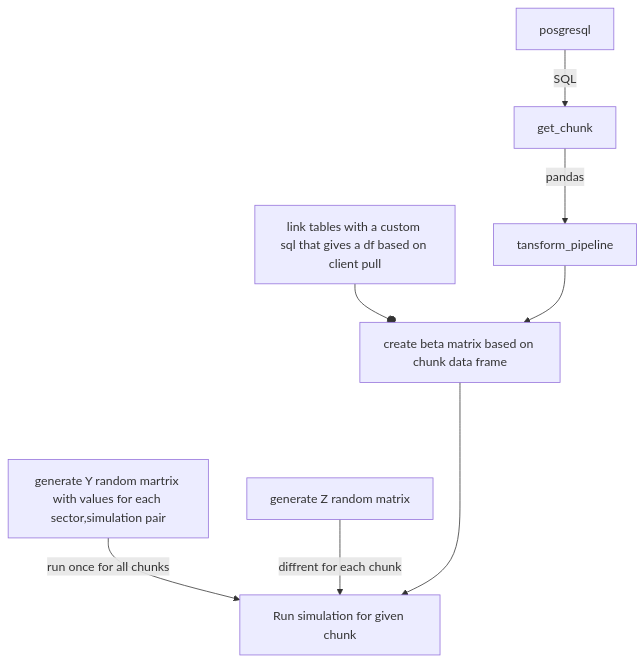
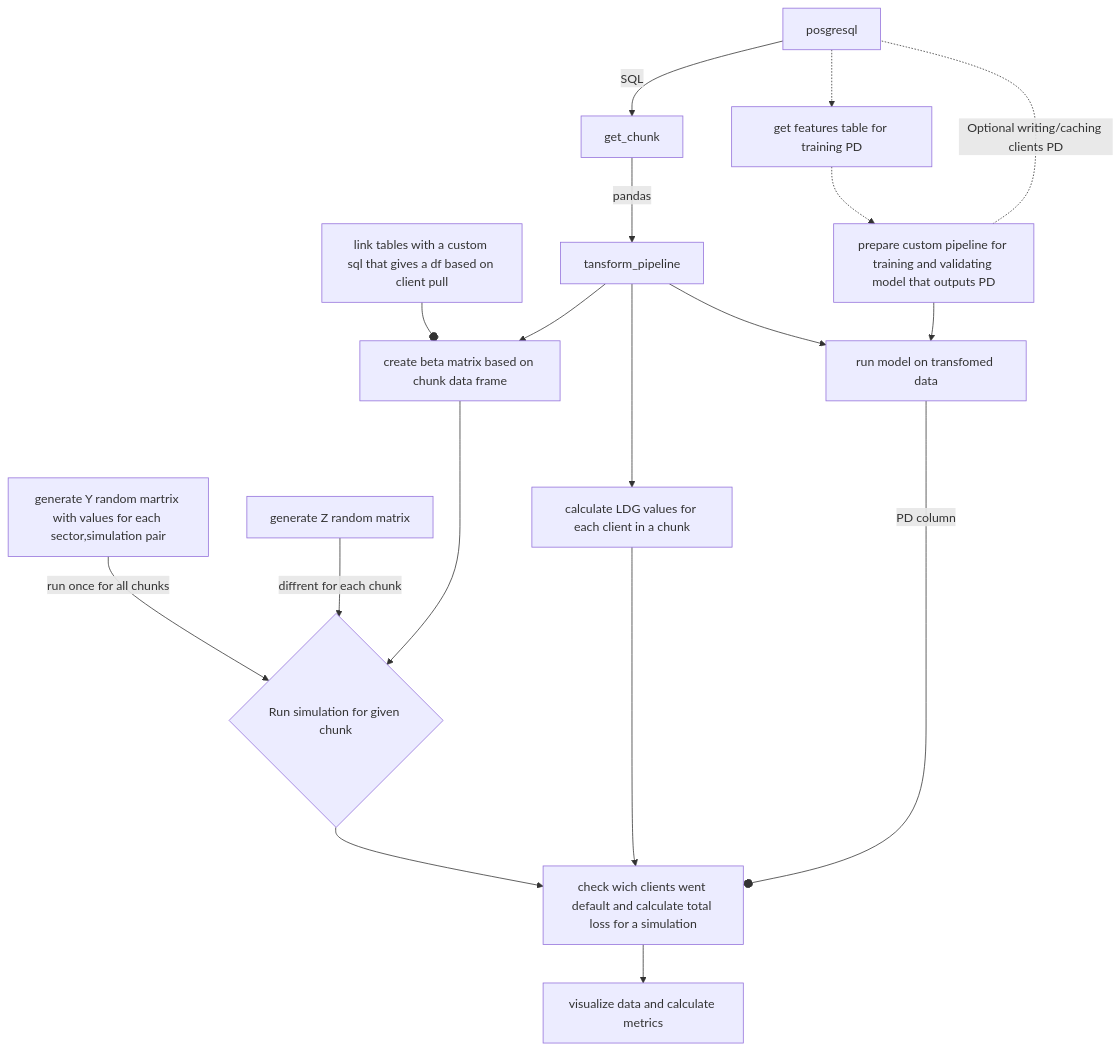
Before and after one commit to jan-st0/bank-risk-analysis: the diagram in docs/data-flowchart.mmd, drawn with Mermaid. The commit also changed other lines of this file and 1 other file, not shown here.

Commit message:
update: flowchart

```diff
--- a/docs/data-flowchart.mmd
+++ b/docs/data-flowchart.mmd
@@ -1,14 +1,25 @@
-
 flowchart TD
-    posgresql --> |SQL|chnk[get_chunk]
+    db[posgresql] --> |SQL|chnk[get_chunk]
     chnk --> |pandas| pand[tansform_pipeline]
     GenY[generate Y random martrix with values for each sector,simulation pair]
     GenZ[generate Z random matrix]
     BetDB[link tables with a custom sql that gives a df based on client pull]
     GenB[create beta matrix based on chunk data frame]
     BetDB --o GenB
     pand --> GenB
-    vectOP[Run simulation for given chunk]
+    vectOP{Run simulation for given chunk}
     GenY --> |run once for all chunks|vectOP
     GenZ --> |diffrent for each chunk|vectOP
     GenB ----> vectOP
+    db  -.-> Ft[get features table for training PD]
+    mod[prepare custom pipeline for training and validating model that outputs PD]
+    Ft -.-> mod -.Optional writing/caching clients PD.- db
+    CheckPD[check wich clients went default and calculate total loss for a simulation]
+    vectOP --> CheckPD
+    Mask1[calculate LDG values for each client in a chunk]
+    pand ---> Mask1
+    Mask1 ---> CheckPD
+    pand --> Inf[run model on transfomed data]
+    mod --> Inf
+    Inf ----o |PD column|CheckPD
+    CheckPD --> V[visualize data and calculate metrics]
```
